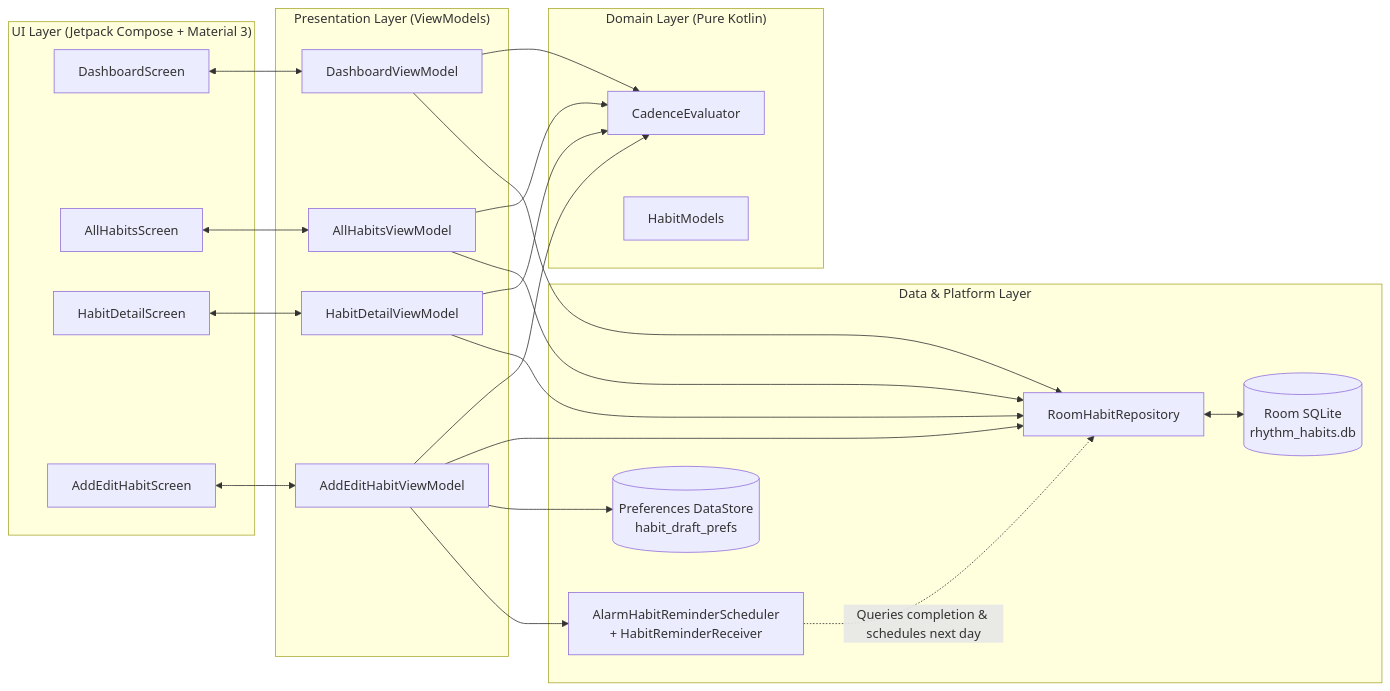
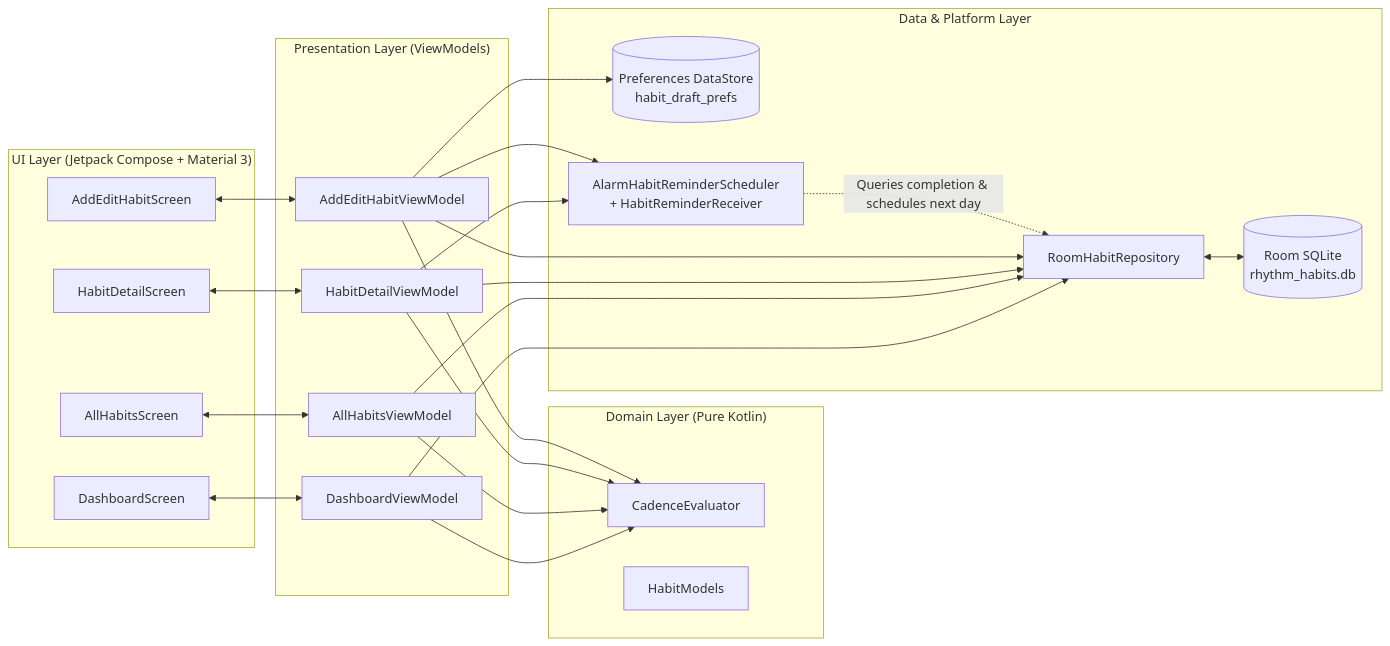
One commit to Vlad2000Andrei/rhythm changed the diagram in docs/README.md. Above: the diagram before and after it, drawn with Mermaid. The commit also changed other lines of this file and 36 other files, not shown here.

First line of the commit message:
Add effective-dated habit edits, modular Room v5 schema, and habit pausing

````diff
--- a/docs/README.md
+++ b/docs/README.md
@@ -20,47 +20,48 @@
 ```mermaid
 flowchart LR
     subgraph UI["UI Layer (Jetpack Compose + Material 3)"]
         Dash["DashboardScreen"]
         AllHabits["AllHabitsScreen"]
         Detail["HabitDetailScreen"]
         AddEdit["AddEditHabitScreen"]
     end
 
     subgraph VM["Presentation Layer (ViewModels)"]
         DashVM["DashboardViewModel"]
         AllVM["AllHabitsViewModel"]
         DetailVM["HabitDetailViewModel"]
         AddEditVM["AddEditHabitViewModel"]
     end
 
     subgraph Domain["Domain Layer (Pure Kotlin)"]
         Eval["CadenceEvaluator"]
         Models["HabitModels"]
     end
 
     subgraph Data["Data & Platform Layer"]
         Repo["RoomHabitRepository"]
         RoomDB[("Room SQLite\nrhythm_habits.db")]
         DraftStore[("Preferences DataStore\nhabit_draft_prefs")]
         Scheduler["AlarmHabitReminderScheduler\n+ HabitReminderReceiver"]
     end
 
     Dash <--> DashVM
     AllHabits <--> AllVM
     Detail <--> DetailVM
     AddEdit <--> AddEditVM
 
     DashVM --> Eval
     DashVM --> Repo
     AllVM --> Eval
     AllVM --> Repo
     DetailVM --> Eval
     DetailVM --> Repo
+    DetailVM --> Scheduler
     AddEditVM --> Eval
     AddEditVM --> Repo
     AddEditVM --> DraftStore
     AddEditVM --> Scheduler
 
     Repo <--> RoomDB
     Scheduler -. "Queries completion & schedules next day" .-> Repo
 ```
````
